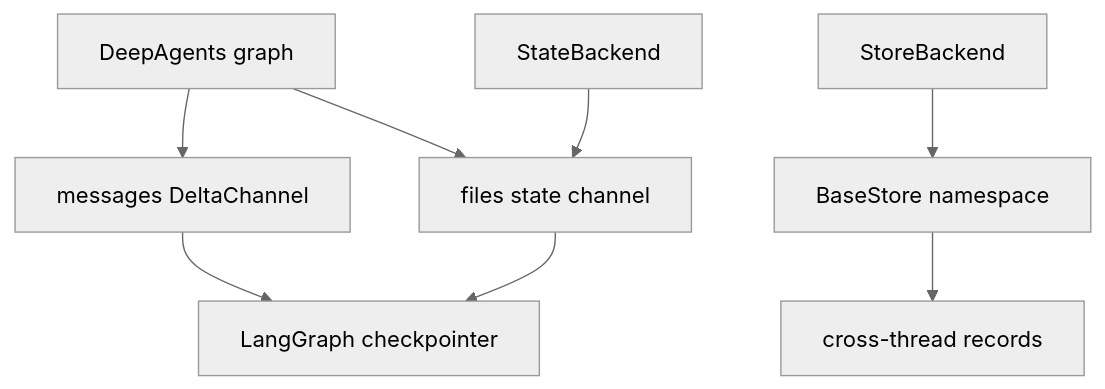
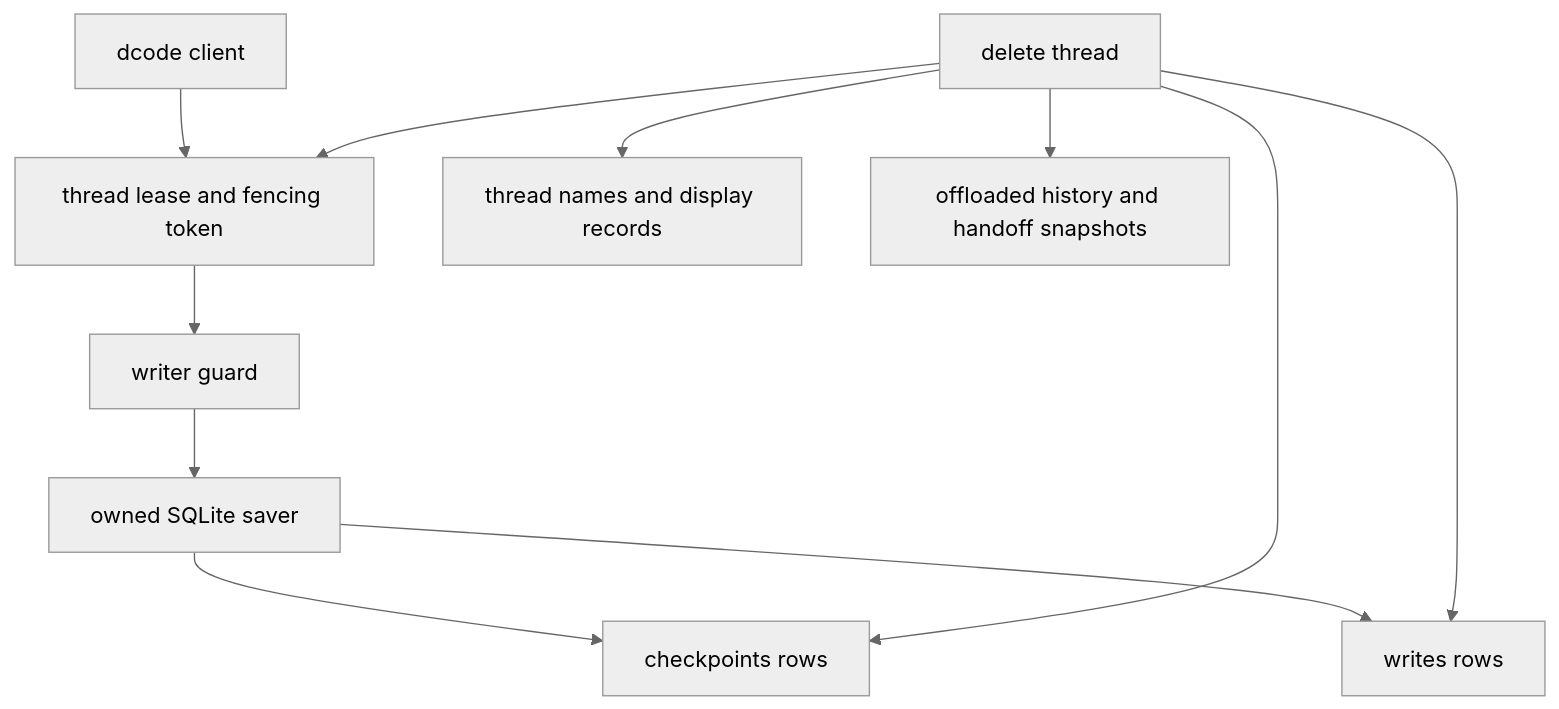
The diagram in openwiki/concepts/state-persistence.md (langchain-ai/deepagents), drawn with Mermaid (neutral theme) before and after one commit. The commit also changed other lines of this file and 53 other files, not shown here.

````diff
--- a/openwiki/concepts/state-persistence.md
+++ b/openwiki/concepts/state-persistence.md
@@ -67,10 +59,13 @@
 ```mermaid
 flowchart TD
-    Agent["DeepAgents graph"] --> Messages["messages DeltaChannel"]
-    Agent --> Files["files state channel"]
-    Messages --> Checkpoint["LangGraph checkpointer"]
-    Files --> Checkpoint
-    StateBackend["StateBackend"] --> Files
-    StoreBackend["StoreBackend"] --> BaseStore["BaseStore namespace"]
-    BaseStore --> Shared["cross-thread records"]
+    Client["dcode client"] --> Lease["thread lease and fencing token"]
+    Lease --> Guard["writer guard"]
+    Guard --> Saver["owned SQLite saver"]
+    Saver --> Checkpoints["checkpoints rows"]
+    Saver --> Writes["writes rows"]
+    Delete["delete thread"] --> Lease
+    Delete --> Checkpoints
+    Delete --> Writes
+    Delete --> Names["thread names and display records"]
+    Delete --> History["offloaded history and handoff snapshots"]
 ```
````
